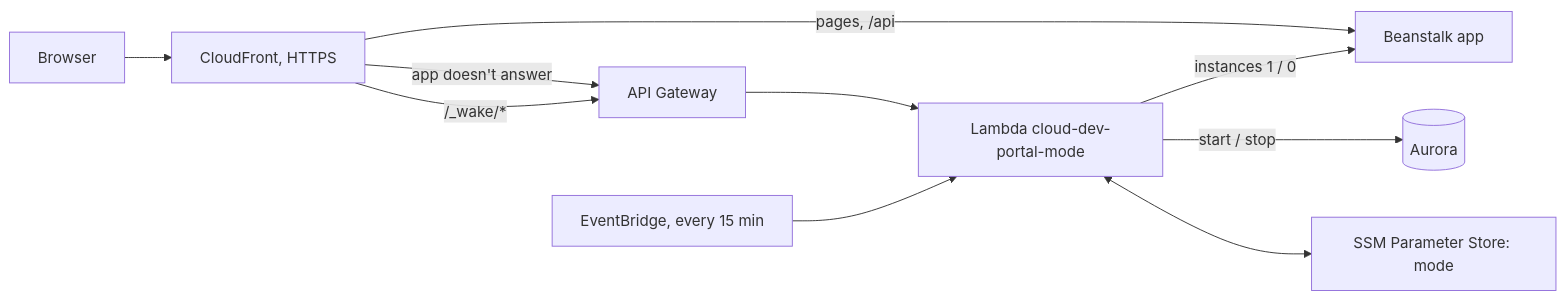
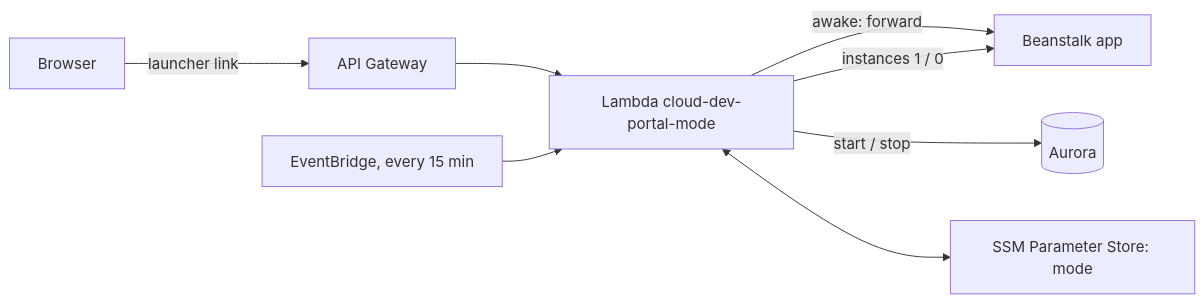
Before and after one commit to EpistemeHobo/black-cloud-portal: the second of 2 diagrams in docs/aws-learner-lab.md, drawn with Mermaid. The commit also changed other lines of this file and 7 other files, not shown here.

First line of the commit message:
Replace CloudFront with a launcher link

````diff
--- a/docs/aws-learner-lab.md
+++ b/docs/aws-learner-lab.md
@@ -191,12 +191,10 @@
 ```mermaid
 flowchart LR
-    User[Browser] --> CF[CloudFront, HTTPS]
-    CF -->|pages, /api| EB[Beanstalk app]
-    CF -->|app doesn't answer| API[API Gateway]
-    CF -->|/_wake/*| API
+    User[Browser] -->|launcher link| API[API Gateway]
     API --> Fn[Lambda cloud-dev-portal-mode]
+    Fn -->|awake: forward| EB[Beanstalk app]
     Timer[EventBridge, every 15 min] --> Fn
     Fn -->|start / stop| Aurora[(Aurora)]
     Fn -->|instances 1 / 0| EB
     Fn <--> SSM[SSM Parameter Store: mode]
 ```
````
